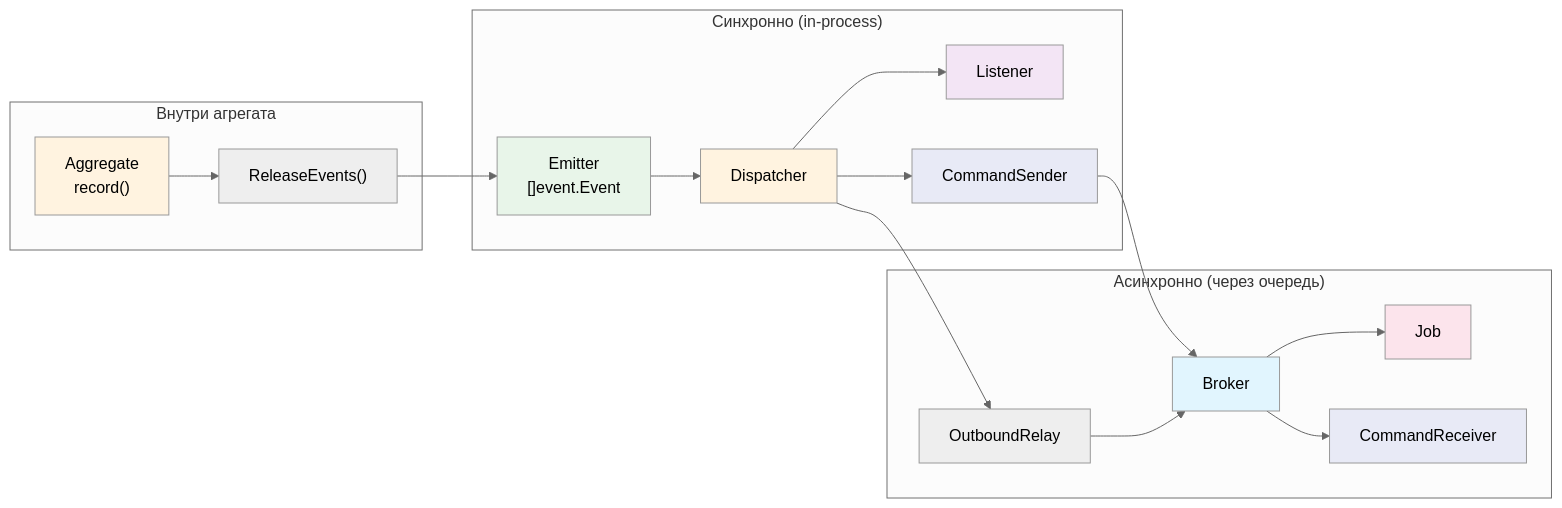
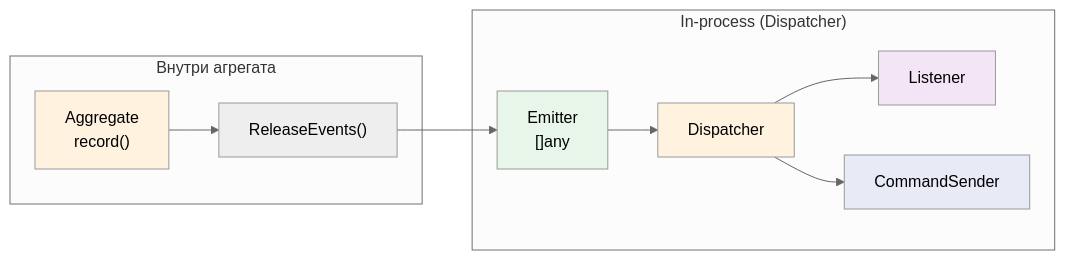
One commit to shuldan/skeleton changed the eighth of 14 diagrams in README.md. Above: the diagram before and after it, drawn with Mermaid (neutral theme). The commit also changed other lines of this file and 16 other files, not shown here.

````diff
--- a/README.md
+++ b/README.md
@@ -930,30 +909,19 @@
 ```mermaid
 graph LR
     subgraph "Внутри агрегата"
         AGG["Aggregate<br/>record()"] --> REL["ReleaseEvents()"]
     end
 
-    subgraph "Синхронно (in-process)"
-        REL --> EM["Emitter<br/>[]event.Event"]
+    subgraph "In-process (Dispatcher)"
+        REL --> EM["Emitter<br/>[]any"]
         EM --> DISP["Dispatcher"]
         DISP --> LST["Listener"]
         DISP --> CMDSND["CommandSender"]
-    end
-
-    subgraph "Асинхронно (через очередь)"
-        DISP --> RLY["OutboundRelay"]
-        CMDSND --> BRK["Broker"]
-        RLY --> BRK
-        BRK --> JOB["Job"]
-        BRK --> CMDRCV["CommandReceiver"]
     end
 
     style AGG fill:#fff3e0
     style EM fill:#e8f5e9
     style DISP fill:#fff3e0
     style LST fill:#f3e5f5
-    style BRK fill:#e1f5fe
-    style JOB fill:#fce4ec
     style CMDSND fill:#e8eaf6
-    style CMDRCV fill:#e8eaf6
 ```
````
